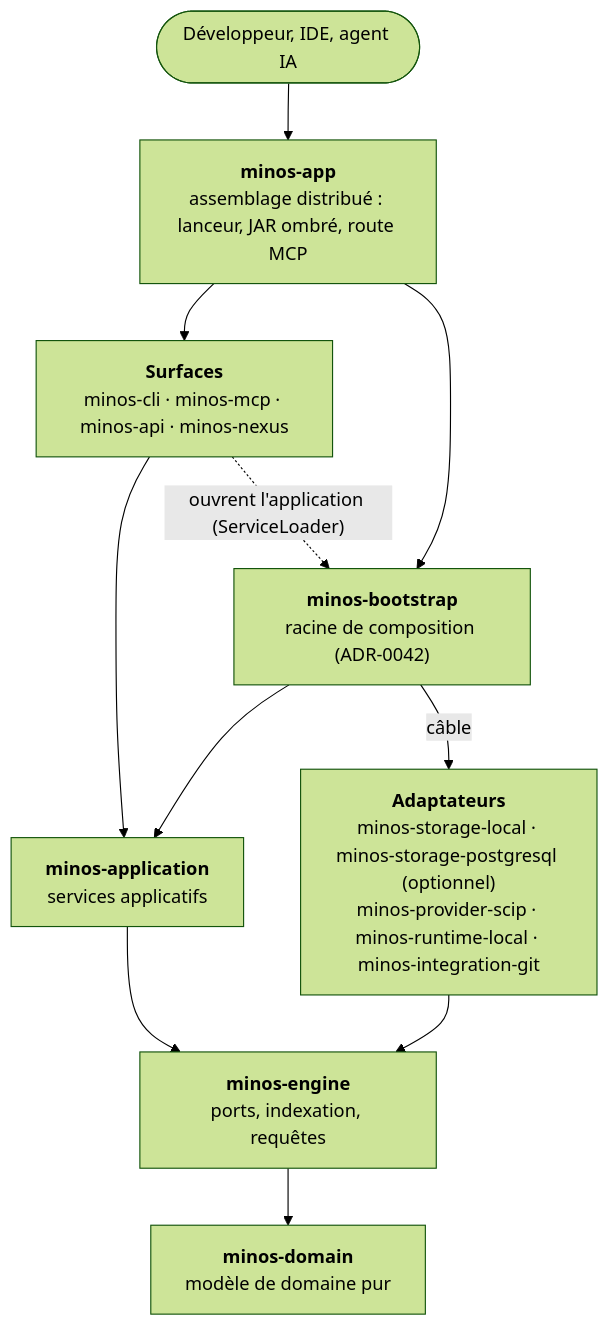
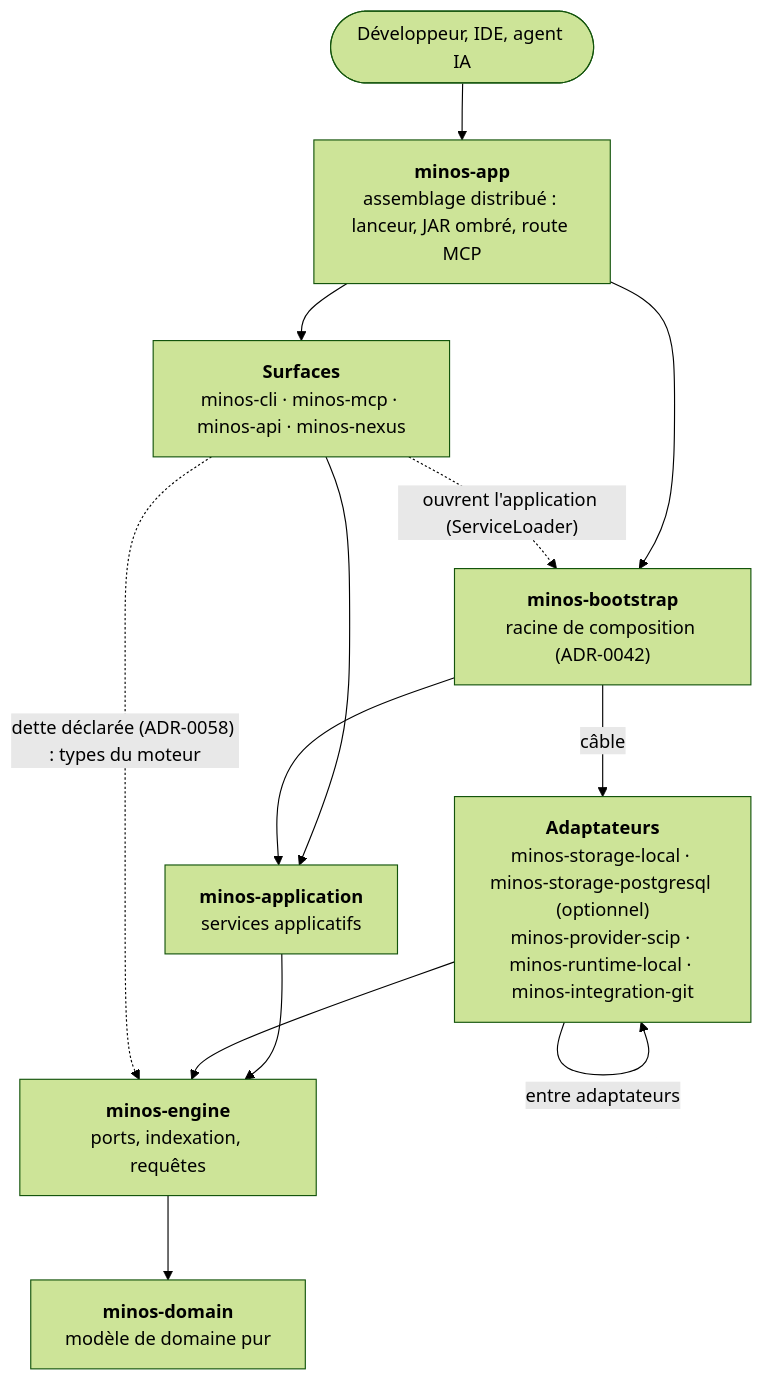
The first of 2 diagrams in docs/architecture/arc42/05-vue-blocs.md (FTurleque/minos-code-intelligence), drawn with Mermaid (forest theme) before and after one commit. The commit also changed other lines of this file and 11 other files, not shown here.

First line of the commit message:
ci(architecture): durcir les gardes d'architecture (AUD-ARC-10, AUD-ARC-06, AUD-ARC-03)

````diff
--- a/docs/architecture/arc42/05-vue-blocs.md
+++ b/docs/architecture/arc42/05-vue-blocs.md
@@ -14,22 +14,24 @@
 ```mermaid
 flowchart TB
     clients(["Développeur, IDE, agent IA"])
     app["<b>minos-app</b><br/>assemblage distribué : lanceur, JAR ombré, route MCP"]
     surfaces["<b>Surfaces</b><br/>minos-cli · minos-mcp · minos-api · minos-nexus"]
     bootstrap["<b>minos-bootstrap</b><br/>racine de composition (ADR-0042)"]
     application["<b>minos-application</b><br/>services applicatifs"]
     adapters["<b>Adaptateurs</b><br/>minos-storage-local · minos-storage-postgresql (optionnel)<br/>minos-provider-scip · minos-runtime-local · minos-integration-git"]
     engine["<b>minos-engine</b><br/>ports, indexation, requêtes"]
     domain["<b>minos-domain</b><br/>modèle de domaine pur"]
 
     clients --> app
     app --> surfaces
     app --> bootstrap
     surfaces --> application
     surfaces -.->|"ouvrent l'application (ServiceLoader)"| bootstrap
     bootstrap --> application
     bootstrap -->|"câble"| adapters
     application --> engine
     adapters --> engine
+    adapters -->|"entre adaptateurs"| adapters
+    surfaces -.->|"dette déclarée (ADR-0058) : types du moteur"| engine
     engine --> domain
 ```
````
